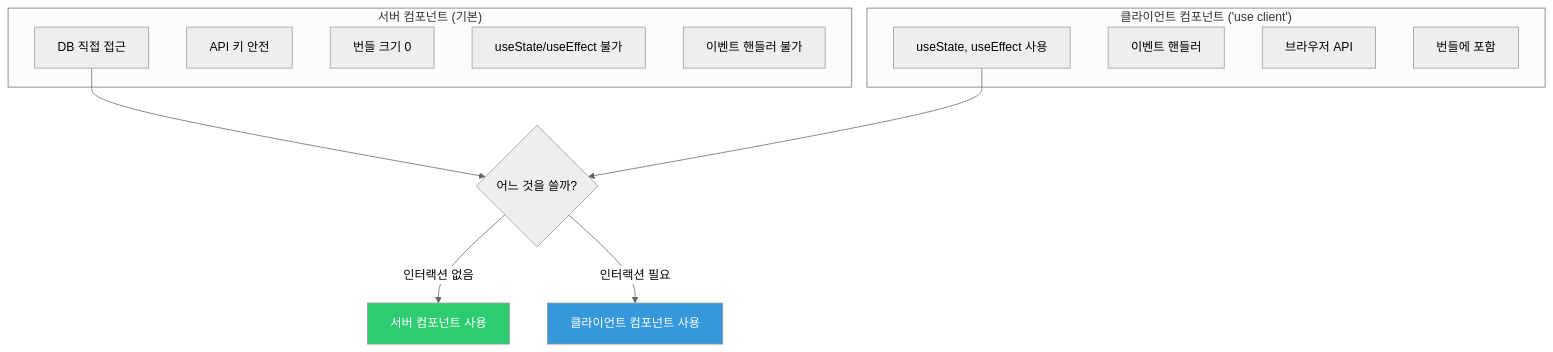
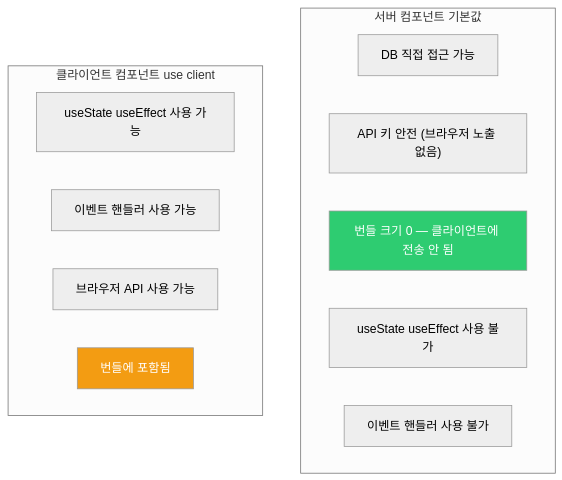
One commit to yjkim2015/yjkim2015.github.io changed the third of 6 diagrams in _posts/frontend/2026-05-02-nextjs-fundamentals.md. Above: the diagram before and after it, drawn with Mermaid (neutral theme). The commit also changed other lines of this file and 122 other files, not shown here.

````diff
--- a/_posts/frontend/2026-05-02-nextjs-fundamentals.md
+++ b/_posts/frontend/2026-05-02-nextjs-fundamentals.md
@@ -136,27 +144,20 @@
 ```mermaid
 graph TD
-    subgraph "서버 컴포넌트 (기본)"
-        SC1["DB 직접 접근"]
-        SC2["API 키 안전"]
-        SC3["번들 크기 0"]
-        SC4["useState/useEffect 불가"]
-        SC5["이벤트 핸들러 불가"]
+    subgraph "서버 컴포넌트 기본값"
+        SC1["DB 직접 접근 가능"]
+        SC2["API 키 안전 (브라우저 노출 없음)"]
+        SC3["번들 크기 0 — 클라이언트에 전송 안 됨"]
+        SC4["useState useEffect 사용 불가"]
+        SC5["이벤트 핸들러 사용 불가"]
     end
 
-    subgraph "클라이언트 컴포넌트 ('use client')
-"
-        CC1["useState, useEffect 사용"]
-        CC2["이벤트 핸들러"]
-        CC3["브라우저 API"]
-        CC4["번들에 포함"]
+    subgraph "클라이언트 컴포넌트 use client"
+        CC1["useState useEffect 사용 가능"]
+        CC2["이벤트 핸들러 사용 가능"]
+        CC3["브라우저 API 사용 가능"]
+        CC4["번들에 포함됨"]
     end
 
-    SC1 --> DECIDE{"어느 것을 쓸까?"}
-    CC1 --> DECIDE
-
-    DECIDE -->|"인터랙션 없음"| USE_SC["서버 컴포넌트 사용"]
-    DECIDE -->|"인터랙션 필요"| USE_CC["클라이언트 컴포넌트 사용"]
-
-    style USE_SC fill:#2ecc71,color:#fff
-    style USE_CC fill:#3498db,color:#fff
+    style SC3 fill:#2ecc71,color:#fff
+    style CC4 fill:#f39c12,color:#fff
 ```
````
